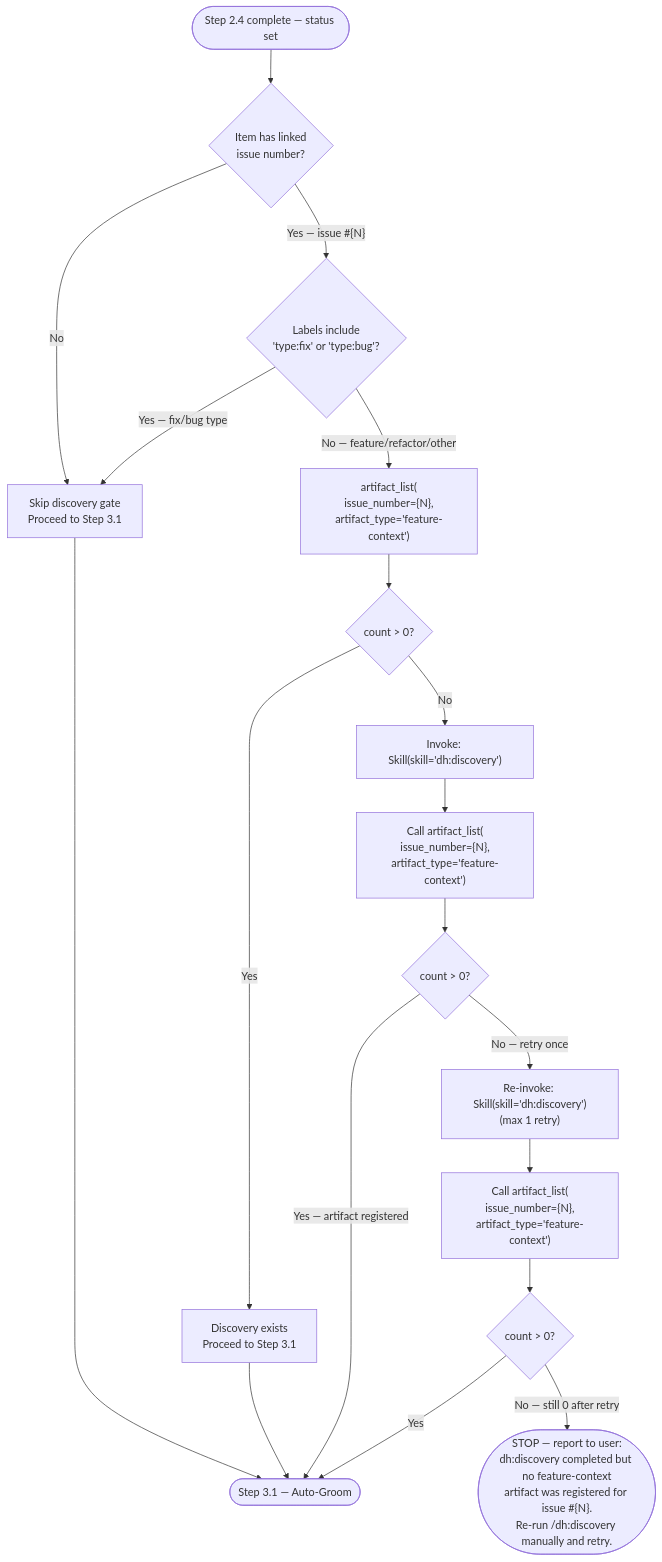
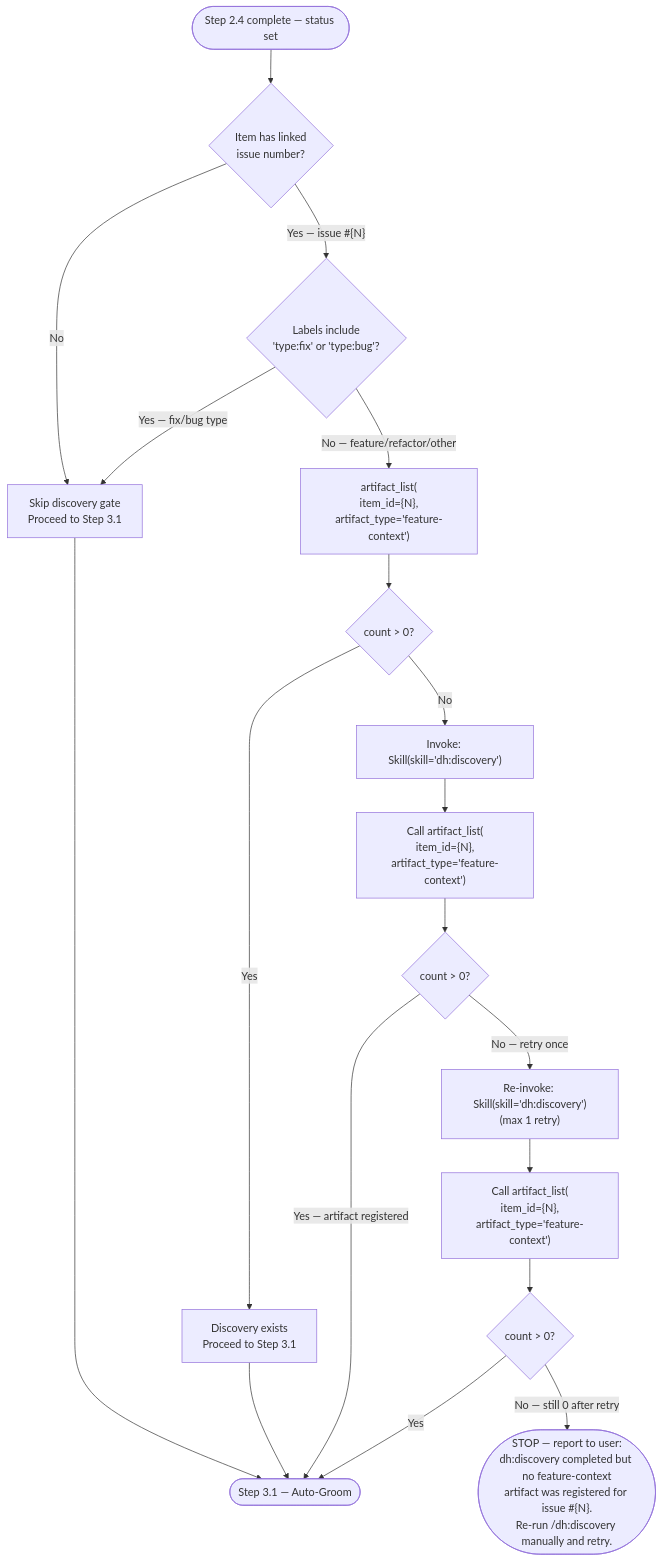
One commit to chgreer1070/claude_skills changed the diagram in plugins/development-harness/skills/work-backlog-item/references/workflows/work/validate.md. Above: the diagram before and after it, drawn with Mermaid. The commit also changed other lines of this file and 46 other files, not shown here.

Commit message:
refactor(add-new-feature): Phase 3 architect agent writes spec to disk and self-registers artifact (#2429)

````diff
--- a/plugins/development-harness/skills/work-backlog-item/references/workflows/work/validate.md
+++ b/plugins/development-harness/skills/work-backlog-item/references/workflows/work/validate.md
@@ -29,21 +29,21 @@
 ```mermaid
 flowchart TD
     InProgress([Step 2.4 complete — status set]) --> HasIssue{"Item has linked<br>issue number?"}
     HasIssue -->|"No"| SkipGate["Skip discovery gate<br>Proceed to Step 3.1"]
     HasIssue -->|"Yes — issue #{N}"| TypeCheck{"Labels include<br>'type:fix' or 'type:bug'?"}
     TypeCheck -->|"Yes — fix/bug type"| SkipGate
-    TypeCheck -->|"No — feature/refactor/other"| CheckArtifact["artifact_list(<br>issue_number={N},<br>artifact_type='feature-context')"]
+    TypeCheck -->|"No — feature/refactor/other"| CheckArtifact["artifact_list(<br>item_id={N},<br>artifact_type='feature-context')"]
     CheckArtifact --> HasDiscovery{"count > 0?"}
     HasDiscovery -->|"Yes"| Proceed["Discovery exists<br>Proceed to Step 3.1"]
     HasDiscovery -->|"No"| InvokeDiscovery["Invoke: Skill(skill='dh:discovery')"]
-    InvokeDiscovery --> VerifyDiscovery["Call artifact_list(<br>issue_number={N},<br>artifact_type='feature-context')"]
+    InvokeDiscovery --> VerifyDiscovery["Call artifact_list(<br>item_id={N},<br>artifact_type='feature-context')"]
     VerifyDiscovery --> DiscoveryConfirmed{"count > 0?"}
     DiscoveryConfirmed -->|"Yes — artifact registered"| Continue
     DiscoveryConfirmed -->|"No — retry once"| RetryDiscovery["Re-invoke: Skill(skill='dh:discovery')<br>(max 1 retry)"]
-    RetryDiscovery --> VerifyRetry["Call artifact_list(<br>issue_number={N},<br>artifact_type='feature-context')"]
+    RetryDiscovery --> VerifyRetry["Call artifact_list(<br>item_id={N},<br>artifact_type='feature-context')"]
     VerifyRetry --> RetryConfirmed{"count > 0?"}
     RetryConfirmed -->|"Yes"| Continue
     RetryConfirmed -->|"No — still 0 after retry"| DiscoveryFail(["STOP — report to user:<br>dh:discovery completed but no feature-context<br>artifact was registered for issue #{N}.<br>Re-run /dh:discovery manually and retry."])
     SkipGate --> Continue([Step 3.1 — Auto-Groom])
     Proceed --> Continue
 ```
````
